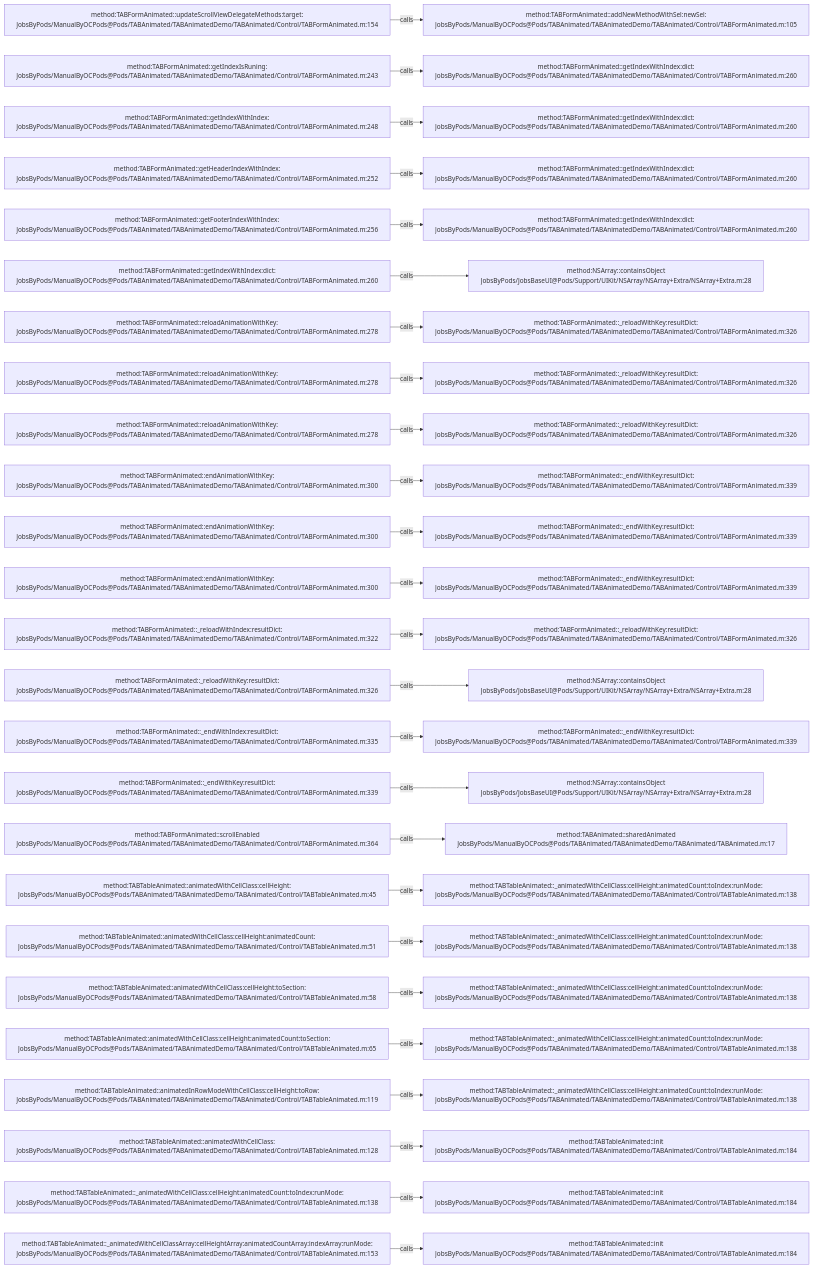
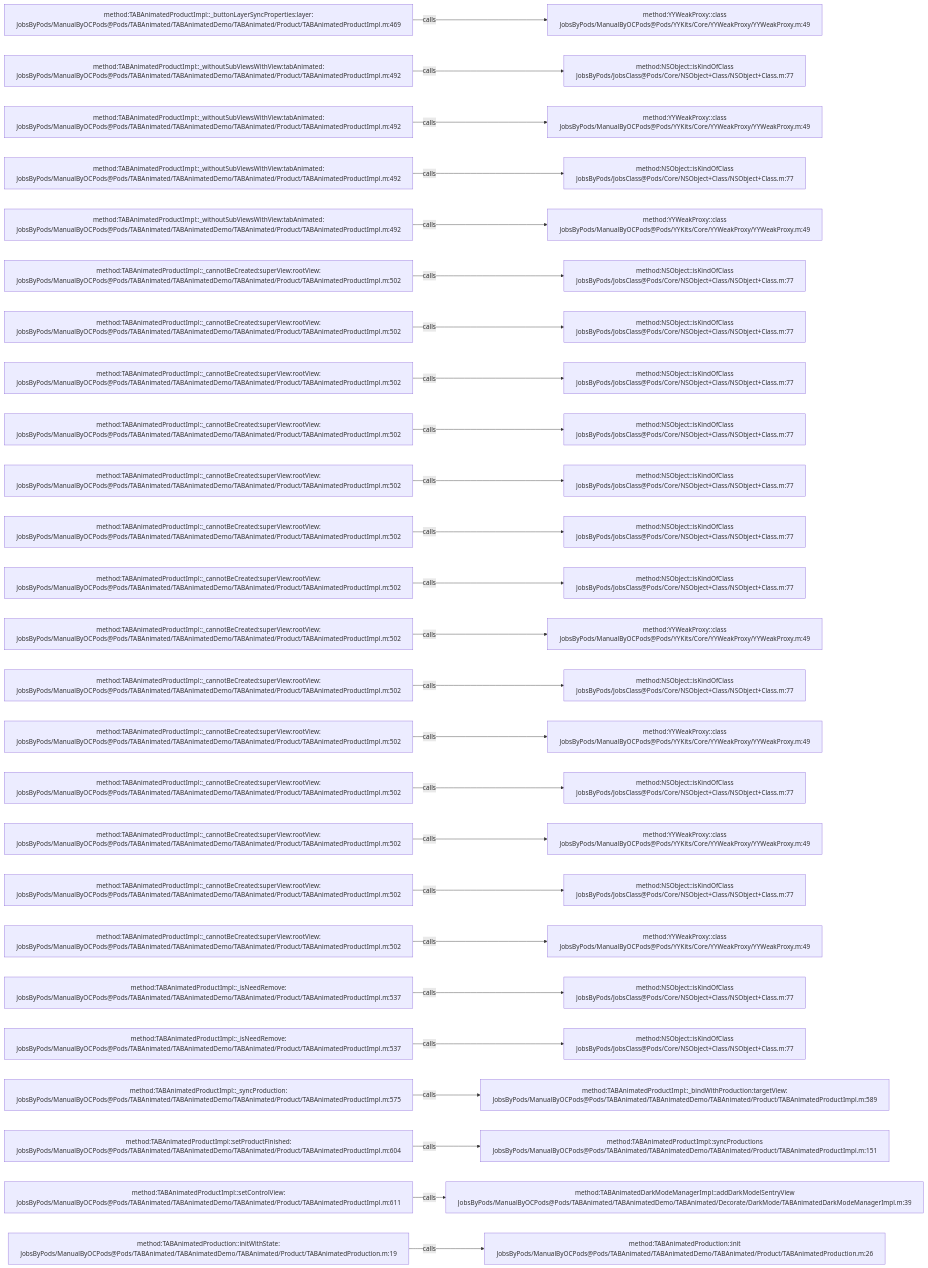
One commit to JobsKits/JobsOCBaseConfigDemo changed the diagram in .codegraph/codegraph.md/graphs/calls-200.md. Above: the diagram before and after it, drawn with Mermaid. The commit also changed 639 other files, not shown here.

````diff
--- a/.codegraph/codegraph.md/graphs/calls-200.md
+++ b/.codegraph/codegraph.md/graphs/calls-200.md
@@ -13,78 +13,78 @@
 ```mermaid
 flowchart LR
-  S1["method:TABFormAnimated::updateScrollViewDelegateMethods:target:<br/>JobsByPods/ManualByOCPods@Pods/TABAnimated/TABAnimatedDemo/TABAnimated/Control/TABFormAnimated.m:154"]
-  T1["method:TABFormAnimated::addNewMethodWithSel:newSel:<br/>JobsByPods/ManualByOCPods@Pods/TABAnimated/TABAnimatedDemo/TABAnimated/Control/TABFormAnimated.m:105"]
+  S1["method:TABAnimatedProductImpl::_buttonLayerSyncProperties:layer:<br/>JobsByPods/ManualByOCPods@Pods/TABAnimated/TABAnimatedDemo/TABAnimated/Product/TABAnimatedProductImpl.m:469"]
+  T1["method:YYWeakProxy::class<br/>JobsByPods/ManualByOCPods@Pods/YYKits/Core/YYWeakProxy/YYWeakProxy.m:49"]
   S1 -->|calls| T1
-  S2["method:TABFormAnimated::getIndexIsRuning:<br/>JobsByPods/ManualByOCPods@Pods/TABAnimated/TABAnimatedDemo/TABAnimated/Control/TABFormAnimated.m:243"]
-  T2["method:TABFormAnimated::getIndexWithIndex:dict:<br/>JobsByPods/ManualByOCPods@Pods/TABAnimated/TABAnimatedDemo/TABAnimated/Control/TABFormAnimated.m:260"]
+  S2["method:TABAnimatedProductImpl::_withoutSubViewsWithView:tabAnimated:<br/>JobsByPods/ManualByOCPods@Pods/TABAnimated/TABAnimatedDemo/TABAnimated/Product/TABAnimatedProductImpl.m:492"]
+  T2["method:NSObject::isKindOfClass<br/>JobsByPods/JobsClass@Pods/Core/NSObject+Class/NSObject+Class.m:77"]
   S2 -->|calls| T2
-  S3["method:TABFormAnimated::getIndexWithIndex:<br/>JobsByPods/ManualByOCPods@Pods/TABAnimated/TABAnimatedDemo/TABAnimated/Control/TABFormAnimated.m:248"]
-  T3["method:TABFormAnimated::getIndexWithIndex:dict:<br/>JobsByPods/ManualByOCPods@Pods/TABAnimated/TABAnimatedDemo/TABAnimated/Control/TABFormAnimated.m:260"]
+  S3["method:TABAnimatedProductImpl::_withoutSubViewsWithView:tabAnimated:<br/>JobsByPods/ManualByOCPods@Pods/TABAnimated/TABAnimatedDemo/TABAnimated/Product/TABAnimatedProductImpl.m:492"]
+  T3["method:YYWeakProxy::class<br/>JobsByPods/ManualByOCPods@Pods/YYKits/Core/YYWeakProxy/YYWeakProxy.m:49"]
   S3 -->|calls| T3
-  S4["method:TABFormAnimated::getHeaderIndexWithIndex:<br/>JobsByPods/ManualByOCPods@Pods/TABAnimated/TABAnimatedDemo/TABAnimated/Control/TABFormAnimated.m:252"]
-  T4["method:TABFormAnimated::getIndexWithIndex:dict:<br/>JobsByPods/ManualByOCPods@Pods/TABAnimated/TABAnimatedDemo/TABAnimated/Control/TABFormAnimated.m:260"]
+  S4["method:TABAnimatedProductImpl::_withoutSubViewsWithView:tabAnimated:<br/>JobsByPods/ManualByOCPods@Pods/TABAnimated/TABAnimatedDemo/TABAnimated/Product/TABAnimatedProductImpl.m:492"]
+  T4["method:NSObject::isKindOfClass<br/>JobsByPods/JobsClass@Pods/Core/NSObject+Class/NSObject+Class.m:77"]
   S4 -->|calls| T4
-  S5["method:TABFormAnimated::getFooterIndexWithIndex:<br/>JobsByPods/ManualByOCPods@Pods/TABAnimated/TABAnimatedDemo/TABAnimated/Control/TABFormAnimated.m:256"]
-  T5["method:TABFormAnimated::getIndexWithIndex:dict:<br/>JobsByPods/ManualByOCPods@Pods/TABAnimated/TABAnimatedDemo/TABAnimated/Control/TABFormAnimated.m:260"]
+  S5["method:TABAnimatedProductImpl::_withoutSubViewsWithView:tabAnimated:<br/>JobsByPods/ManualByOCPods@Pods/TABAnimated/TABAnimatedDemo/TABAnimated/Product/TABAnimatedProductImpl.m:492"]
+  T5["method:YYWeakProxy::class<br/>JobsByPods/ManualByOCPods@Pods/YYKits/Core/YYWeakProxy/YYWeakProxy.m:49"]
   S5 -->|calls| T5
-  S6["method:TABFormAnimated::getIndexWithIndex:dict:<br/>JobsByPods/ManualByOCPods@Pods/TABAnimated/TABAnimatedDemo/TABAnimated/Control/TABFormAnimated.m:260"]
-  T6["method:NSArray::containsObject<br/>JobsByPods/JobsBaseUI@Pods/Support/UIKit/NSArray/NSArray+Extra/NSArray+Extra.m:28"]
+  S6["method:TABAnimatedProductImpl::_cannotBeCreated:superView:rootView:<br/>JobsByPods/ManualByOCPods@Pods/TABAnimated/TABAnimatedDemo/TABAnimated/Product/TABAnimatedProductImpl.m:502"]
+  T6["method:NSObject::isKindOfClass<br/>JobsByPods/JobsClass@Pods/Core/NSObject+Class/NSObject+Class.m:77"]
   S6 -->|calls| T6
-  S7["method:TABFormAnimated::reloadAnimationWithKey:<br/>JobsByPods/ManualByOCPods@Pods/TABAnimated/TABAnimatedDemo/TABAnimated/Control/TABFormAnimated.m:278"]
-  T7["method:TABFormAnimated::_reloadWithKey:resultDict:<br/>JobsByPods/ManualByOCPods@Pods/TABAnimated/TABAnimatedDemo/TABAnimated/Control/TABFormAnimated.m:326"]
+  S7["method:TABAnimatedProductImpl::_cannotBeCreated:superView:rootView:<br/>JobsByPods/ManualByOCPods@Pods/TABAnimated/TABAnimatedDemo/TABAnimated/Product/TABAnimatedProductImpl.m:502"]
+  T7["method:NSObject::isKindOfClass<br/>JobsByPods/JobsClass@Pods/Core/NSObject+Class/NSObject+Class.m:77"]
   S7 -->|calls| T7
-  S8["method:TABFormAnimated::reloadAnimationWithKey:<br/>JobsByPods/ManualByOCPods@Pods/TABAnimated/TABAnimatedDemo/TABAnimated/Control/TABFormAnimated.m:278"]
-  T8["method:TABFormAnimated::_reloadWithKey:resultDict:<br/>JobsByPods/ManualByOCPods@Pods/TABAnimated/TABAnimatedDemo/TABAnimated/Control/TABFormAnimated.m:326"]
+  S8["method:TABAnimatedProductImpl::_cannotBeCreated:superView:rootView:<br/>JobsByPods/ManualByOCPods@Pods/TABAnimated/TABAnimatedDemo/TABAnimated/Product/TABAnimatedProductImpl.m:502"]
+  T8["method:NSObject::isKindOfClass<br/>JobsByPods/JobsClass@Pods/Core/NSObject+Class/NSObject+Class.m:77"]
   S8 -->|calls| T8
-  S9["method:TABFormAnimated::reloadAnimationWithKey:<br/>JobsByPods/ManualByOCPods@Pods/TABAnimated/TABAnimatedDemo/TABAnimated/Control/TABFormAnimated.m:278"]
-  T9["method:TABFormAnimated::_reloadWithKey:resultDict:<br/>JobsByPods/ManualByOCPods@Pods/TABAnimated/TABAnimatedDemo/TABAnimated/Control/TABFormAnimated.m:326"]
+  S9["method:TABAnimatedProductImpl::_cannotBeCreated:superView:rootView:<br/>JobsByPods/ManualByOCPods@Pods/TABAnimated/TABAnimatedDemo/TABAnimated/Product/TABAnimatedProductImpl.m:502"]
+  T9["method:NSObject::isKindOfClass<br/>JobsByPods/JobsClass@Pods/Core/NSObject+Class/NSObject+Class.m:77"]
   S9 -->|calls| T9
-  S10["method:TABFormAnimated::endAnimationWithKey:<br/>JobsByPods/ManualByOCPods@Pods/TABAnimated/TABAnimatedDemo/TABAnimated/Control/TABFormAnimated.m:300"]
-  T10["method:TABFormAnimated::_endWithKey:resultDict:<br/>JobsByPods/ManualByOCPods@Pods/TABAnimated/TABAnimatedDemo/TABAnimated/Control/TABFormAnimated.m:339"]
+  S10["method:TABAnimatedProductImpl::_cannotBeCreated:superView:rootView:<br/>JobsByPods/ManualByOCPods@Pods/TABAnimated/TABAnimatedDemo/TABAnimated/Product/TABAnimatedProductImpl.m:502"]
+  T10["method:NSObject::isKindOfClass<br/>JobsByPods/JobsClass@Pods/Core/NSObject+Class/NSObject+Class.m:77"]
   S10 -->|calls| T10
-  S11["method:TABFormAnimated::endAnimationWithKey:<br/>JobsByPods/ManualByOCPods@Pods/TABAnimated/TABAnimatedDemo/TABAnimated/Control/TABFormAnimated.m:300"]
-  T11["method:TABFormAnimated::_endWithKey:resultDict:<br/>JobsByPods/ManualByOCPods@Pods/TABAnimated/TABAnimatedDemo/TABAnimated/Control/TABFormAnimated.m:339"]
+  S11["method:TABAnimatedProductImpl::_cannotBeCreated:superView:rootView:<br/>JobsByPods/ManualByOCPods@Pods/TABAnimated/TABAnimatedDemo/TABAnimated/Product/TABAnimatedProductImpl.m:502"]
+  T11["method:NSObject::isKindOfClass<br/>JobsByPods/JobsClass@Pods/Core/NSObject+Class/NSObject+Class.m:77"]
   S11 -->|calls| T11
-  S12["method:TABFormAnimated::endAnimationWithKey:<br/>JobsByPods/ManualByOCPods@Pods/TABAnimated/TABAnimatedDemo/TABAnimated/Control/TABFormAnimated.m:300"]
-  T12["method:TABFormAnimated::_endWithKey:resultDict:<br/>JobsByPods/ManualByOCPods@Pods/TABAnimated/TABAnimatedDemo/TABAnimated/Control/TABFormAnimated.m:339"]
+  S12["method:TABAnimatedProductImpl::_cannotBeCreated:superView:rootView:<br/>JobsByPods/ManualByOCPods@Pods/TABAnimated/TABAnimatedDemo/TABAnimated/Product/TABAnimatedProductImpl.m:502"]
+  T12["method:NSObject::isKindOfClass<br/>JobsByPods/JobsClass@Pods/Core/NSObject+Class/NSObject+Class.m:77"]
   S12 -->|calls| T12
-  S13["method:TABFormAnimated::_reloadWithIndex:resultDict:<br/>JobsByPods/ManualByOCPods@Pods/TABAnimated/TABAnimatedDemo/TABAnimated/Control/TABFormAnimated.m:322"]
-  T13["method:TABFormAnimated::_reloadWithKey:resultDict:<br/>JobsByPods/ManualByOCPods@Pods/TABAnimated/TABAnimatedDemo/TABAnimated/Control/TABFormAnimated.m:326"]
+  S13["method:TABAnimatedProductImpl::_cannotBeCreated:superView:rootView:<br/>JobsByPods/ManualByOCPods@Pods/TABAnimated/TABAnimatedDemo/TABAnimated/Product/TABAnimatedProductImpl.m:502"]
+  T13["method:YYWeakProxy::class<br/>JobsByPods/ManualByOCPods@Pods/YYKits/Core/YYWeakProxy/YYWeakProxy.m:49"]
   S13 -->|calls| T13
-  S14["method:TABFormAnimated::_reloadWithKey:resultDict:<br/>JobsByPods/ManualByOCPods@Pods/TABAnimated/TABAnimatedDemo/TABAnimated/Control/TABFormAnimated.m:326"]
-  T14["method:NSArray::containsObject<br/>JobsByPods/JobsBaseUI@Pods/Support/UIKit/NSArray/NSArray+Extra/NSArray+Extra.m:28"]
+  S14["method:TABAnimatedProductImpl::_cannotBeCreated:superView:rootView:<br/>JobsByPods/ManualByOCPods@Pods/TABAnimated/TABAnimatedDemo/TABAnimated/Product/TABAnimatedProductImpl.m:502"]
+  T14["method:NSObject::isKindOfClass<br/>JobsByPods/JobsClass@Pods/Core/NSObject+Class/NSObject+Class.m:77"]
   S14 -->|calls| T14
-  S15["method:TABFormAnimated::_endWithIndex:resultDict:<br/>JobsByPods/ManualByOCPods@Pods/TABAnimated/TABAnimatedDemo/TABAnimated/Control/TABFormAnimated.m:335"]
-  T15["method:TABFormAnimated::_endWithKey:resultDict:<br/>JobsByPods/ManualByOCPods@Pods/TABAnimated/TABAnimatedDemo/TABAnimated/Control/TABFormAnimated.m:339"]
+  S15["method:TABAnimatedProductImpl::_cannotBeCreated:superView:rootView:<br/>JobsByPods/ManualByOCPods@Pods/TABAnimated/TABAnimatedDemo/TABAnimated/Product/TABAnimatedProductImpl.m:502"]
+  T15["method:YYWeakProxy::class<br/>JobsByPods/ManualByOCPods@Pods/YYKits/Core/YYWeakProxy/YYWeakProxy.m:49"]
   S15 -->|calls| T15
-  S16["method:TABFormAnimated::_endWithKey:resultDict:<br/>JobsByPods/ManualByOCPods@Pods/TABAnimated/TABAnimatedDemo/TABAnimated/Control/TABFormAnimated.m:339"]
-  T16["method:NSArray::containsObject<br/>JobsByPods/JobsBaseUI@Pods/Support/UIKit/NSArray/NSArray+Extra/NSArray+Extra.m:28"]
+  S16["method:TABAnimatedProductImpl::_cannotBeCreated:superView:rootView:<br/>JobsByPods/ManualByOCPods@Pods/TABAnimated/TABAnimatedDemo/TABAnimated/Product/TABAnimatedProductImpl.m:502"]
+  T16["method:NSObject::isKindOfClass<br/>JobsByPods/JobsClass@Pods/Core/NSObject+Class/NSObject+Class.m:77"]
   S16 -->|calls| T16
-  S17["method:TABFormAnimated::scrollEnabled<br/>JobsByPods/ManualByOCPods@Pods/TABAnimated/TABAnimatedDemo/TABAnimated/Control/TABFormAnimated.m:364"]
-  T17["method:TABAnimated::sharedAnimated<br/>JobsByPods/ManualByOCPods@Pods/TABAnimated/TABAnimatedDemo/TABAnimated/TABAnimated.m:17"]
+  S17["method:TABAnimatedProductImpl::_cannotBeCreated:superView:rootView:<br/>JobsByPods/ManualByOCPods@Pods/TABAnimated/TABAnimatedDemo/TABAnimated/Product/TABAnimatedProductImpl.m:502"]
+  T17["method:YYWeakProxy::class<br/>JobsByPods/ManualByOCPods@Pods/YYKits/Core/YYWeakProxy/YYWeakProxy.m:49"]
   S17 -->|calls| T17
-  S18["method:TABTableAnimated::animatedWithCellClass:cellHeight:<br/>JobsByPods/ManualByOCPods@Pods/TABAnimated/TABAnimatedDemo/TABAnimated/Control/TABTableAnimated.m:45"]
-  T18["method:TABTableAnimated::_animatedWithCellClass:cellHeight:animatedCount:toIndex:runMode:<br/>JobsByPods/ManualByOCPods@Pods/TABAnimated/TABAnimatedDemo/TABAnimated/Control/TABTableAnimated.m:138"]
+  S18["method:TABAnimatedProductImpl::_cannotBeCreated:superView:rootView:<br/>JobsByPods/ManualByOCPods@Pods/TABAnimated/TABAnimatedDemo/TABAnimated/Product/TABAnimatedProductImpl.m:502"]
+  T18["method:NSObject::isKindOfClass<br/>JobsByPods/JobsClass@Pods/Core/NSObject+Class/NSObject+Class.m:77"]
   S18 -->|calls| T18
-  S19["method:TABTableAnimated::animatedWithCellClass:cellHeight:animatedCount:<br/>JobsByPods/ManualByOCPods@Pods/TABAnimated/TABAnimatedDemo/TABAnimated/Control/TABTableAnimated.m:51"]
-  T19["method:TABTableAnimated::_animatedWithCellClass:cellHeight:animatedCount:toIndex:runMode:<br/>JobsByPods/ManualByOCPods@Pods/TABAnimated/TABAnimatedDemo/TABAnimated/Control/TABTableAnimated.m:138"]
+  S19["method:TABAnimatedProductImpl::_cannotBeCreated:superView:rootView:<br/>JobsByPods/ManualByOCPods@Pods/TABAnimated/TABAnimatedDemo/TABAnimated/Product/TABAnimatedProductImpl.m:502"]
+  T19["method:YYWeakProxy::class<br/>JobsByPods/ManualByOCPods@Pods/YYKits/Core/YYWeakProxy/YYWeakProxy.m:49"]
   S19 -->|calls| T19
-  S20["method:TABTableAnimated::animatedWithCellClass:cellHeight:toSection:<br/>JobsByPods/ManualByOCPods@Pods/TABAnimated/TABAnimatedDemo/TABAnimated/Control/TABTableAnimated.m:58"]
-  T20["method:TABTableAnimated::_animatedWithCellClass:cellHeight:animatedCount:toIndex:runMode:<br/>JobsByPods/ManualByOCPods@Pods/TABAnimated/TABAnimatedDemo/TABAnimated/Control/TABTableAnimated.m:138"]
+  S20["method:TABAnimatedProductImpl::_isNeedRemove:<br/>JobsByPods/ManualByOCPods@Pods/TABAnimated/TABAnimatedDemo/TABAnimated/Product/TABAnimatedProductImpl.m:537"]
+  T20["method:NSObject::isKindOfClass<br/>JobsByPods/JobsClass@Pods/Core/NSObject+Class/NSObject+Class.m:77"]
   S20 -->|calls| T20
-  S21["method:TABTableAnimated::animatedWithCellClass:cellHeight:animatedCount:toSection:<br/>JobsByPods/ManualByOCPods@Pods/TABAnimated/TABAnimatedDemo/TABAnimated/Control/TABTableAnimated.m:65"]
-  T21["method:TABTableAnimated::_animatedWithCellClass:cellHeight:animatedCount:toIndex:runMode:<br/>JobsByPods/ManualByOCPods@Pods/TABAnimated/TABAnimatedDemo/TABAnimated/Control/TABTableAnimated.m:138"]
+  S21["method:TABAnimatedProductImpl::_isNeedRemove:<br/>JobsByPods/ManualByOCPods@Pods/TABAnimated/TABAnimatedDemo/TABAnimated/Product/TABAnimatedProductImpl.m:537"]
+  T21["method:NSObject::isKindOfClass<br/>JobsByPods/JobsClass@Pods/Core/NSObject+Class/NSObject+Class.m:77"]
   S21 -->|calls| T21
-  S22["method:TABTableAnimated::animatedInRowModeWithCellClass:cellHeight:toRow:<br/>JobsByPods/ManualByOCPods@Pods/TABAnimated/TABAnimatedDemo/TABAnimated/Control/TABTableAnimated.m:119"]
-  T22["method:TABTableAnimated::_animatedWithCellClass:cellHeight:animatedCount:toIndex:runMode:<br/>JobsByPods/ManualByOCPods@Pods/TABAnimated/TABAnimatedDemo/TABAnimated/Control/TABTableAnimated.m:138"]
+  S22["method:TABAnimatedProductImpl::_syncProduction:<br/>JobsByPods/ManualByOCPods@Pods/TABAnimated/TABAnimatedDemo/TABAnimated/Product/TABAnimatedProductImpl.m:575"]
+  T22["method:TABAnimatedProductImpl::_bindWithProduction:targetView:<br/>JobsByPods/ManualByOCPods@Pods/TABAnimated/TABAnimatedDemo/TABAnimated/Product/TABAnimatedProductImpl.m:589"]
   S22 -->|calls| T22
-  S23["method:TABTableAnimated::animatedWithCellClass:<br/>JobsByPods/ManualByOCPods@Pods/TABAnimated/TABAnimatedDemo/TABAnimated/Control/TABTableAnimated.m:128"]
-  T23["method:TABTableAnimated::init<br/>JobsByPods/ManualByOCPods@Pods/TABAnimated/TABAnimatedDemo/TABAnimated/Control/TABTableAnimated.m:184"]
+  S23["method:TABAnimatedProductImpl::setProductFinished:<br/>JobsByPods/ManualByOCPods@Pods/TABAnimated/TABAnimatedDemo/TABAnimated/Product/TABAnimatedProductImpl.m:604"]
+  T23["method:TABAnimatedProductImpl::syncProductions<br/>JobsByPods/ManualByOCPods@Pods/TABAnimated/TABAnimatedDemo/TABAnimated/Product/TABAnimatedProductImpl.m:151"]
   S23 -->|calls| T23
-  S24["method:TABTableAnimated::_animatedWithCellClass:cellHeight:animatedCount:toIndex:runMode:<br/>JobsByPods/ManualByOCPods@Pods/TABAnimated/TABAnimatedDemo/TABAnimated/Control/TABTableAnimated.m:138"]
-  T24["method:TABTableAnimated::init<br/>JobsByPods/ManualByOCPods@Pods/TABAnimated/TABAnimatedDemo/TABAnimated/Control/TABTableAnimated.m:184"]
+  S24["method:TABAnimatedProductImpl::setControlView:<br/>JobsByPods/ManualByOCPods@Pods/TABAnimated/TABAnimatedDemo/TABAnimated/Product/TABAnimatedProductImpl.m:611"]
+  T24["method:TABAnimatedDarkModeManagerImpl::addDarkModelSentryView<br/>JobsByPods/ManualByOCPods@Pods/TABAnimated/TABAnimatedDemo/TABAnimated/Decorate/DarkMode/TABAnimatedDarkModeManagerImpl.m:39"]
   S24 -->|calls| T24
-  S25["method:TABTableAnimated::_animatedWithCellClassArray:cellHeightArray:animatedCountArray:indexArray:runMode:<br/>JobsByPods/ManualByOCPods@Pods/TABAnimated/TABAnimatedDemo/TABAnimated/Control/TABTableAnimated.m:153"]
-  T25["method:TABTableAnimated::init<br/>JobsByPods/ManualByOCPods@Pods/TABAnimated/TABAnimatedDemo/TABAnimated/Control/TABTableAnimated.m:184"]
+  S25["method:TABAnimatedProduction::initWithState:<br/>JobsByPods/ManualByOCPods@Pods/TABAnimated/TABAnimatedDemo/TABAnimated/Product/TABAnimatedProduction.m:19"]
+  T25["method:TABAnimatedProduction::init<br/>JobsByPods/ManualByOCPods@Pods/TABAnimated/TABAnimatedDemo/TABAnimated/Product/TABAnimatedProduction.m:26"]
   S25 -->|calls| T25
 ```
````
